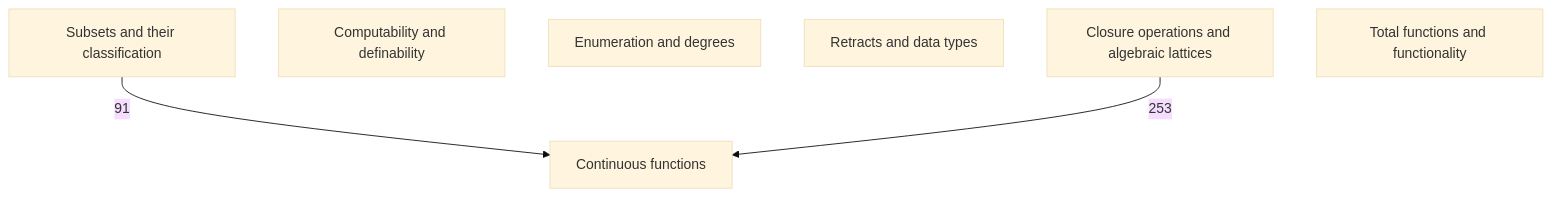
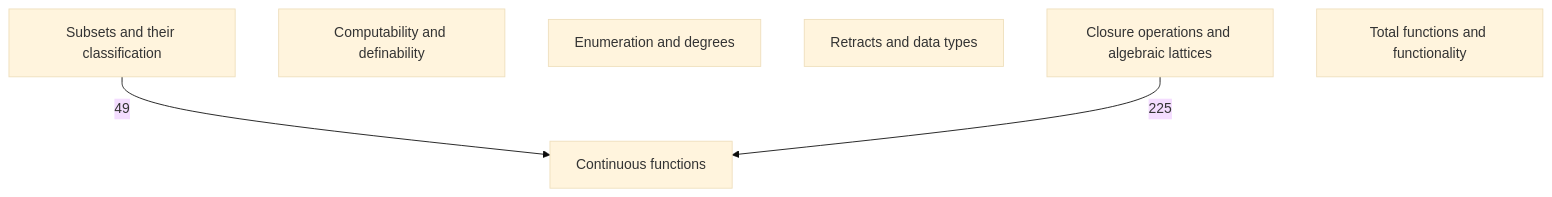
Before and after one commit to catskillsresearch/DomainTheory: the diagram in DomainTheory/DataTypesAsLattices/1976_DataTypes.mermaid, drawn with Mermaid (base theme). The commit also changed 85 other files, not shown here.

```diff
--- a/DomainTheory/DataTypesAsLattices/1976_DataTypes.mermaid
+++ b/DomainTheory/DataTypesAsLattices/1976_DataTypes.mermaid
@@ -1,24 +1,24 @@
 %% Data types as lattices.
 %% Each box is a section. Arrowhead on the importer.
 %% The number is a direct-import count.
 %% An arrow already implied by a longer path is omitted.
 flowchart TB
 
   CLO["Closure operations and algebraic lattices"]
   COMP["Computability and definability"]
   CONT["Continuous functions"]
   ENUM["Enumeration and degrees"]
   RET["Retracts and data types"]
   CLASS["Subsets and their classification"]
   FUN["Total functions and functionality"]
 
-  CLASS -->|"91"| CONT
-  CLO -->|"253"| CONT
+  CLASS -->|"49"| CONT
+  CLO -->|"225"| CONT
 
   classDef c1 fill:#dcfce7,stroke:#15803d,color:#14532d
   classDef c2 fill:#cffafe,stroke:#0e7490,color:#164e63
   classDef c3 fill:#ffedd5,stroke:#c2410c,color:#7c2d12
   classDef c4 fill:#ecfccb,stroke:#4d7c0f,color:#365314
   classDef c5 fill:#f3e8ff,stroke:#7e22ce,color:#581c87
   classDef c6 fill:#fde68a,stroke:#a16207,color:#713f12
   classDef c7 fill:#e2e8f0,stroke:#334155,color:#0f172a
```
